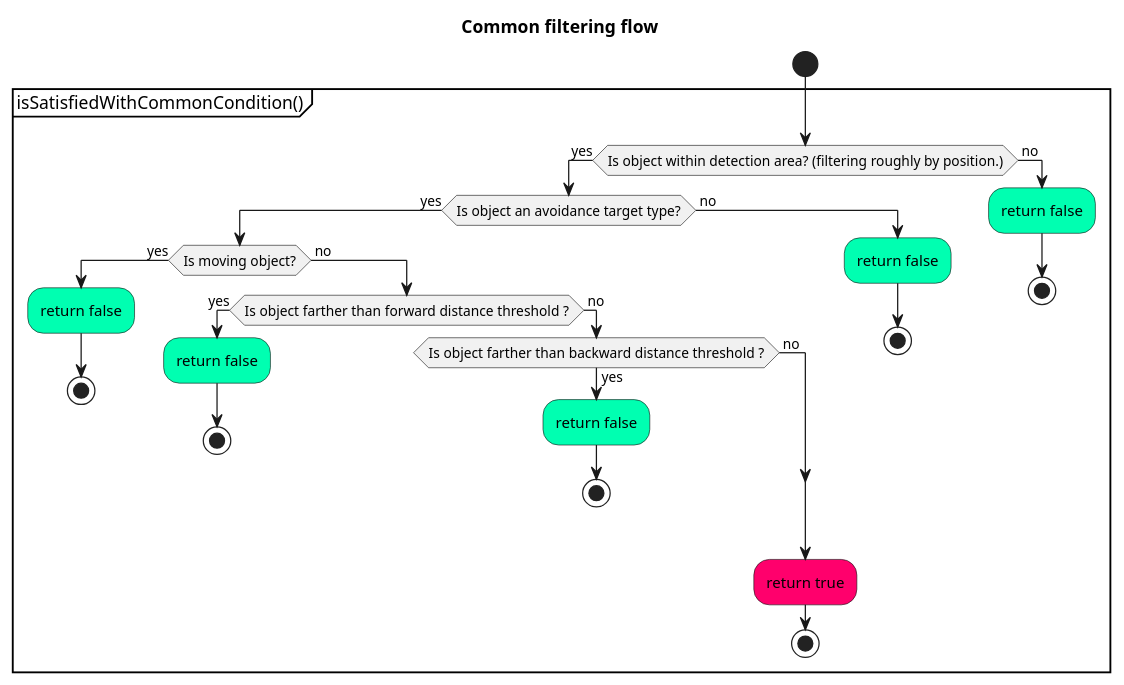
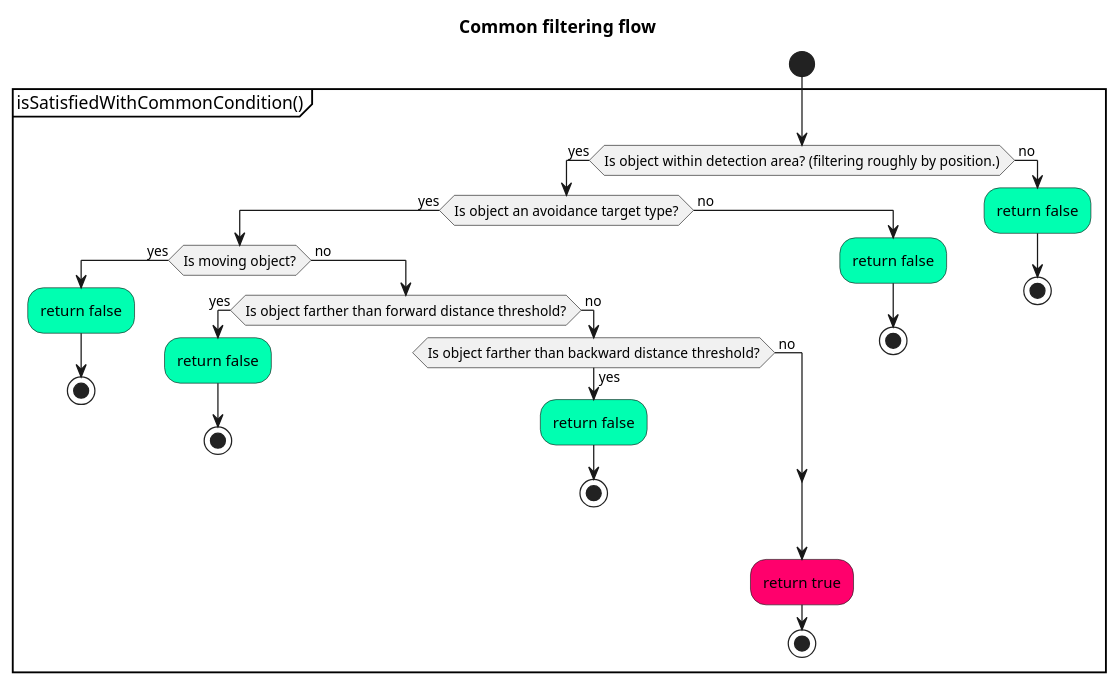
Before and after one commit to autowarefoundation/autoware: the fourth of 9 diagrams in planning/behavior_path_planner/autoware_behavior_path_static_obstacle_avoidance_module/README.md, drawn with PlantUML. The commit also changed other lines of this file and 1 other file, not shown here.

````diff
--- a/planning/behavior_path_planner/autoware_behavior_path_static_obstacle_avoidance_module/README.md
+++ b/planning/behavior_path_planner/autoware_behavior_path_static_obstacle_avoidance_module/README.md
@@ -439,41 +439,41 @@
 ```plantuml
 @startuml
 skinparam defaultTextAlignment center
 skinparam noteTextAlignment left
 
 title Common filtering flow
 start
 
 partition isSatisfiedWithCommonCondition() {
 if(Is object within detection area? (filtering roughly by position.)) then (yes)
 if(Is object an avoidance target type?) then (yes)
 if(Is moving object?) then (yes)
 #00FFB1 :return false;
 stop
 else (\n no)
-if(Is object farther than forward distance threshold ?) then (yes)
+if(Is object farther than forward distance threshold?) then (yes)
 #00FFB1 :return false;
 stop
 else (\n no)
-If(Is object farther than backward distance threshold ?) then (yes)
+If(Is object farther than backward distance threshold?) then (yes)
 #00FFB1 :return false;
 stop
 else (\n no)
 endif
 endif
 endif
 else (\n no)
 #00FFB1 :return false;
 stop
 endif
 else (\n no)
 #00FFB1 :return false;
 stop
 endif
 #FF006C :return true;
 stop
 }
 
 @enduml
 
 ```
````
